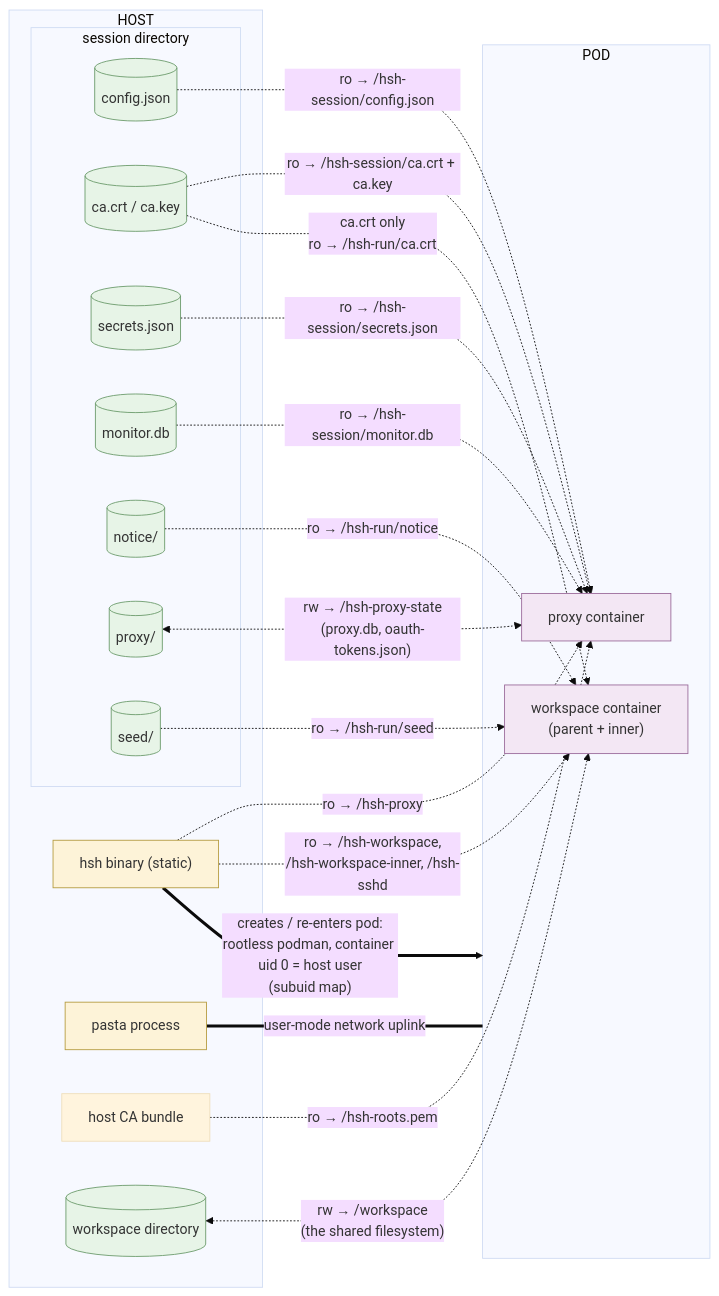
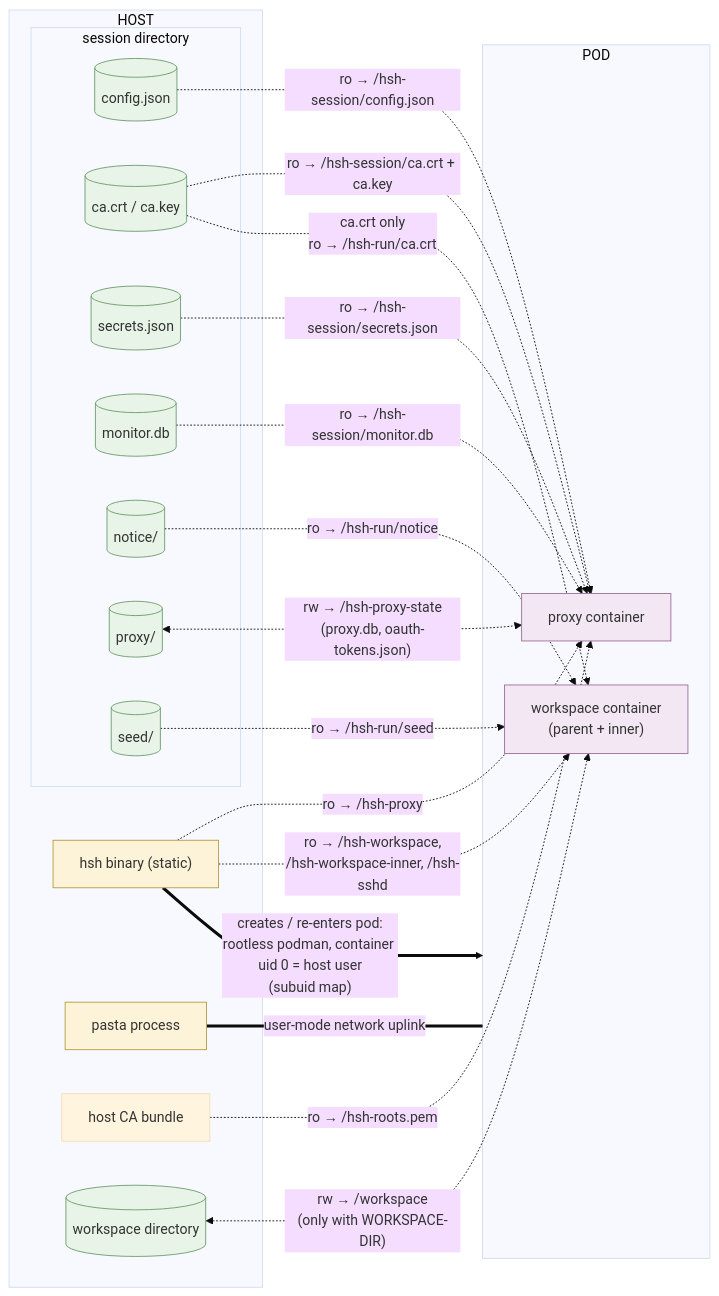
Before and after one commit to philips/hsh: the third of 3 diagrams in internal-docs/architecture.md, drawn with Mermaid (base theme). The commit also changed other lines of this file and 15 other files, not shown here.

First line of the commit message:
run: no workspace mount without WORKSPACE-DIR

````diff
--- a/internal-docs/architecture.md
+++ b/internal-docs/architecture.md
@@ -126,47 +126,47 @@
 ```mermaid
 flowchart LR
     classDef proc fill:#fdf3d8,stroke:#b59b3e
     classDef file fill:#e7f4e7,stroke:#6a9a6a
     classDef ctr fill:#f3e7f4,stroke:#9a6a9a
 
     subgraph HOST["HOST"]
         hshbin["hsh binary (static)"]
         pasta["pasta process"]
         subgraph SESDIR["session directory"]
             cfgcopy[("config.json")]
             cafiles[("ca.crt / ca.key")]
             secretsjson[("secrets.json")]
             decisions[("monitor.db")]
             noticedir[("notice/")]
             proxydir[("proxy/")]
             seeddir[("seed/")]
         end
         caBundle["host CA bundle"]
         wsdir[("workspace directory")]
     end
 
     subgraph POD["POD"]
         PROXY["proxy container"]
         WSC["workspace container<br/>(parent + inner)"]
     end
 
     hshbin -.->|"ro → /hsh-proxy"| PROXY
     hshbin -.->|"ro → /hsh-workspace,<br/>/hsh-workspace-inner, /hsh-sshd"| WSC
     cfgcopy -.->|"ro → /hsh-session/config.json"| PROXY
     secretsjson -.->|"ro → /hsh-session/secrets.json"| PROXY
     cafiles -.->|"ro → /hsh-session/ca.crt + ca.key"| PROXY
     decisions -.->|"ro → /hsh-session/monitor.db"| PROXY
     caBundle -.->|"ro → /hsh-roots.pem"| PROXY
     proxydir <-.->|"rw → /hsh-proxy-state<br/>(proxy.db, oauth-tokens.json)"| PROXY
     cafiles -.->|"ca.crt only<br/>ro → /hsh-run/ca.crt"| WSC
     noticedir -.->|"ro → /hsh-run/notice"| WSC
     seeddir -.->|"ro → /hsh-run/seed"| WSC
-    wsdir <-.->|"rw → /workspace<br/>(the shared filesystem)"| WSC
+    wsdir <-.->|"rw → /workspace<br/>(only with WORKSPACE-DIR)"| WSC
     pasta ===|"user-mode network uplink"| POD
 
     hshbin ==>|"creates / re-enters pod:<br/>rootless podman, container uid 0 = host user<br/>(subuid map)"| POD
 
     class hshbin,pasta proc
     class cfgcopy,cafiles,secretsjson,decisions,noticedir,proxydir,seeddir,wsdir file
     class PROXY,WSC ctr
 ```
````
